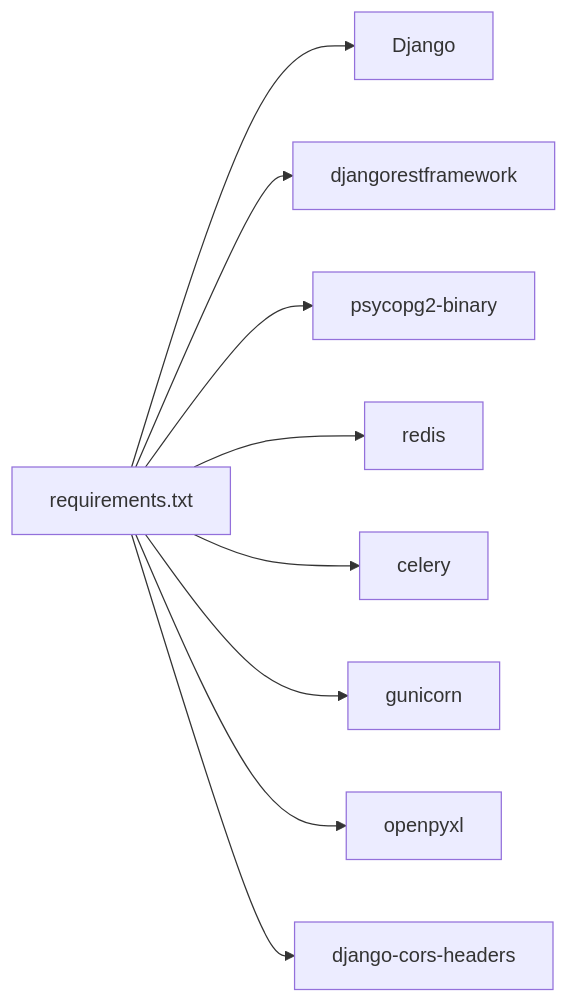
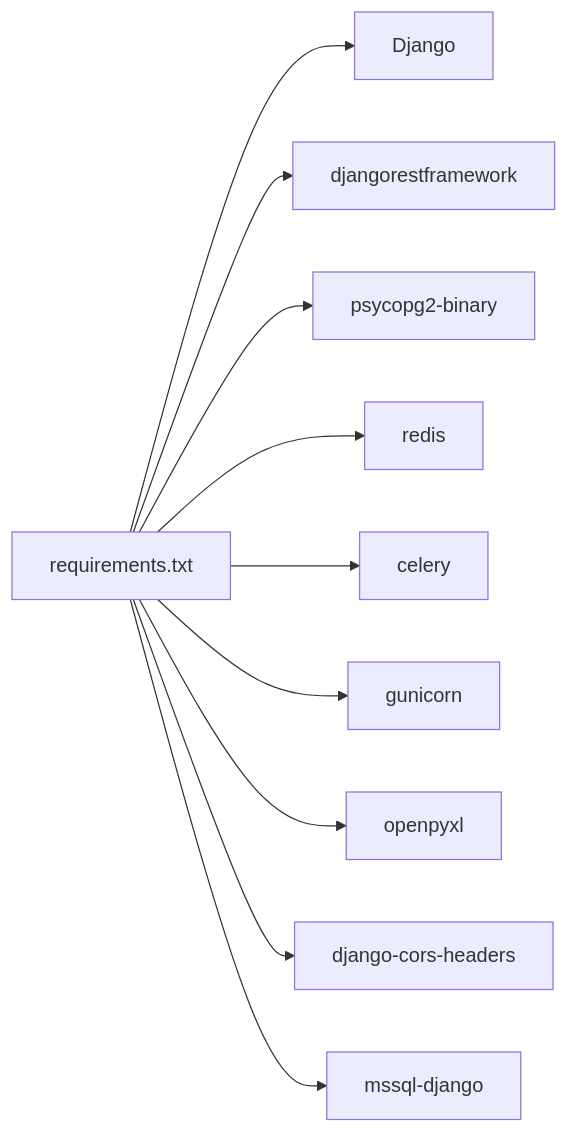
One commit to zyp-coder/Metadata changed the third of 3 diagrams in .qoder/repowiki/zh/content/部署配置/Docker部署.md. Above: the diagram before and after it, drawn with Mermaid. The commit also changed other lines of this file and 49 other files, not shown here.

````diff
--- a/.qoder/repowiki/zh/content/部署配置/Docker部署.md
+++ b/.qoder/repowiki/zh/content/部署配置/Docker部署.md
@@ -240,20 +283,22 @@
 ```mermaid
 graph LR
 Req["requirements.txt"]
 Django["Django"]
 DRF["djangorestframework"]
 Psycopg["psycopg2-binary"]
 RedisPkg["redis"]
 Celery["celery"]
 Gunicorn["gunicorn"]
 Openpyxl["openpyxl"]
 CorsHeaders["django-cors-headers"]
+MSSQL["mssql-django"]
 Req --> Django
 Req --> DRF
 Req --> Psycopg
 Req --> RedisPkg
 Req --> Celery
 Req --> Gunicorn
 Req --> Openpyxl
 Req --> CorsHeaders
+Req --> MSSQL
 ```
````
